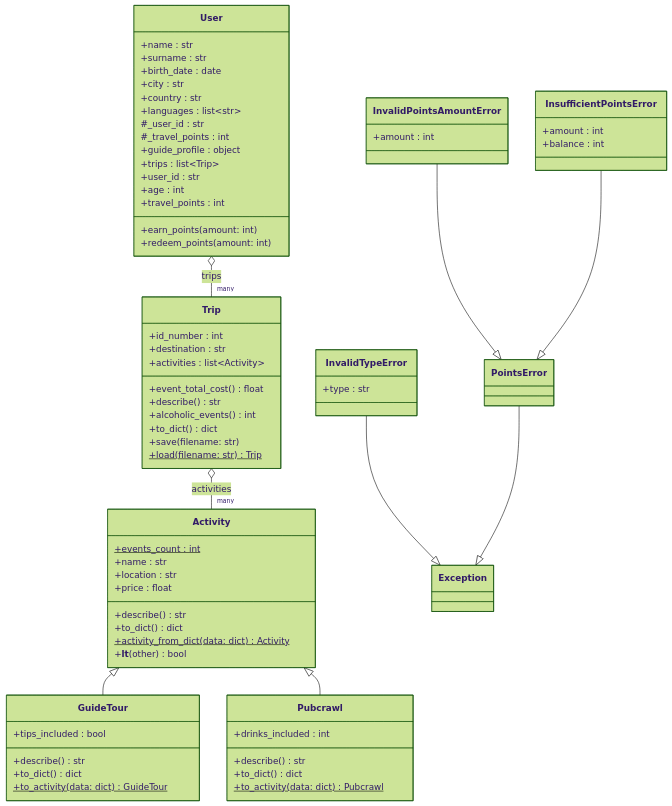
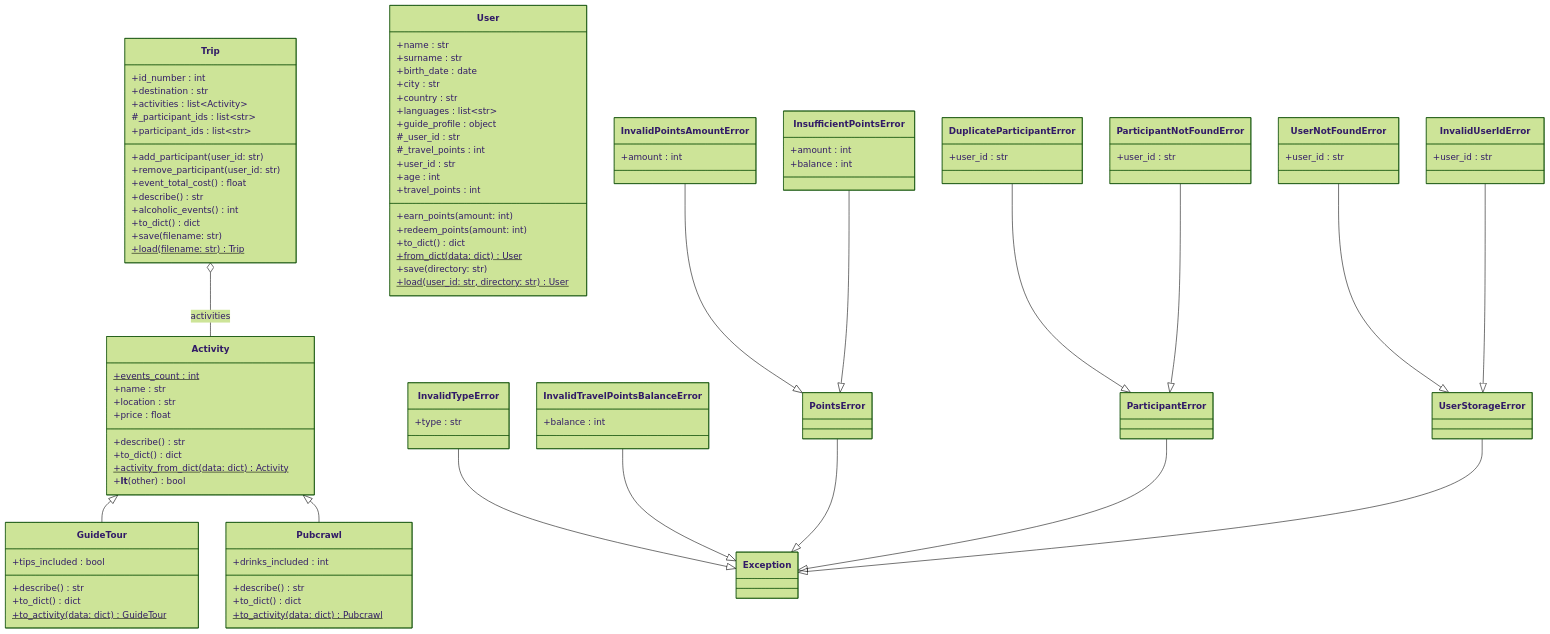
The diagram in docs/class_diagram.md (hibridus92-star/Travel-Go), drawn with Mermaid (forest theme) before and after one commit. The commit also changed other lines of this file, not shown here.

Commit message:
Update class diagram

````diff
--- a/docs/class_diagram.md
+++ b/docs/class_diagram.md
@@ -14,25 +14,29 @@
         +activity_from_dict(data: dict)$ Activity
         +__lt__(other) bool
     }
-
+ 
     class GuideTour {
         +tips_included : bool
         +describe() str
         +to_dict() dict
         +to_activity(data: dict)$ GuideTour
     }
-
+ 
     class Pubcrawl {
         +drinks_included : int
         +describe() str
         +to_dict() dict
         +to_activity(data: dict)$ Pubcrawl
     }
-
+ 
     class Trip {
         +id_number : int
         +destination : str
         +activities : list~Activity~
+        #_participant_ids : list~str~
+        +participant_ids : list~str~
+        +add_participant(user_id: str)
+        +remove_participant(user_id: str)
         +event_total_cost() float
         +describe() str
         +alcoholic_events() int
@@ -40,7 +44,7 @@
         +save(filename: str)
         +load(filename: str)$ Trip
     }
-
+ 
     class User {
         +name : str
         +surname : str
@@ -48,38 +52,65 @@
         +city : str
         +country : str
         +languages : list~str~
+        +guide_profile : object
         #_user_id : str
         #_travel_points : int
-        +guide_profile : object
-        +trips : list~Trip~
         +user_id : str
         +age : int
         +travel_points : int
         +earn_points(amount: int)
         +redeem_points(amount: int)
+        +to_dict() dict
+        +from_dict(data: dict)$ User
+        +save(directory: str)
+        +load(user_id: str, directory: str)$ User
     }
-
+ 
     class InvalidTypeError {
         +type : str
     }
-
+ 
     class PointsError
-
     class InvalidPointsAmountError {
         +amount : int
     }
-
     class InsufficientPointsError {
         +amount : int
         +balance : int
     }
-
+    class InvalidTravelPointsBalanceError {
+        +balance : int
+    }
+ 
+    class ParticipantError
+    class DuplicateParticipantError {
+        +user_id : str
+    }
+    class ParticipantNotFoundError {
+        +user_id : str
+    }
+ 
+    class UserStorageError
+    class UserNotFoundError {
+        +user_id : str
+    }
+    class InvalidUserIdError {
+        +user_id : str
+    }
+ 
     Activity <|-- GuideTour
     Activity <|-- Pubcrawl
-    Trip o-- "many" Activity : activities
-    User o-- "many" Trip : trips
+    Trip o-- Activity : activities
+ 
     InvalidTypeError --|> Exception
+    InvalidTravelPointsBalanceError --|> Exception
     PointsError --|> Exception
     InvalidPointsAmountError --|> PointsError
     InsufficientPointsError --|> PointsError
+    ParticipantError --|> Exception
+    DuplicateParticipantError --|> ParticipantError
+    ParticipantNotFoundError --|> ParticipantError
+    UserStorageError --|> Exception
+    UserNotFoundError --|> UserStorageError
+    InvalidUserIdError --|> UserStorageError
 ```
````
